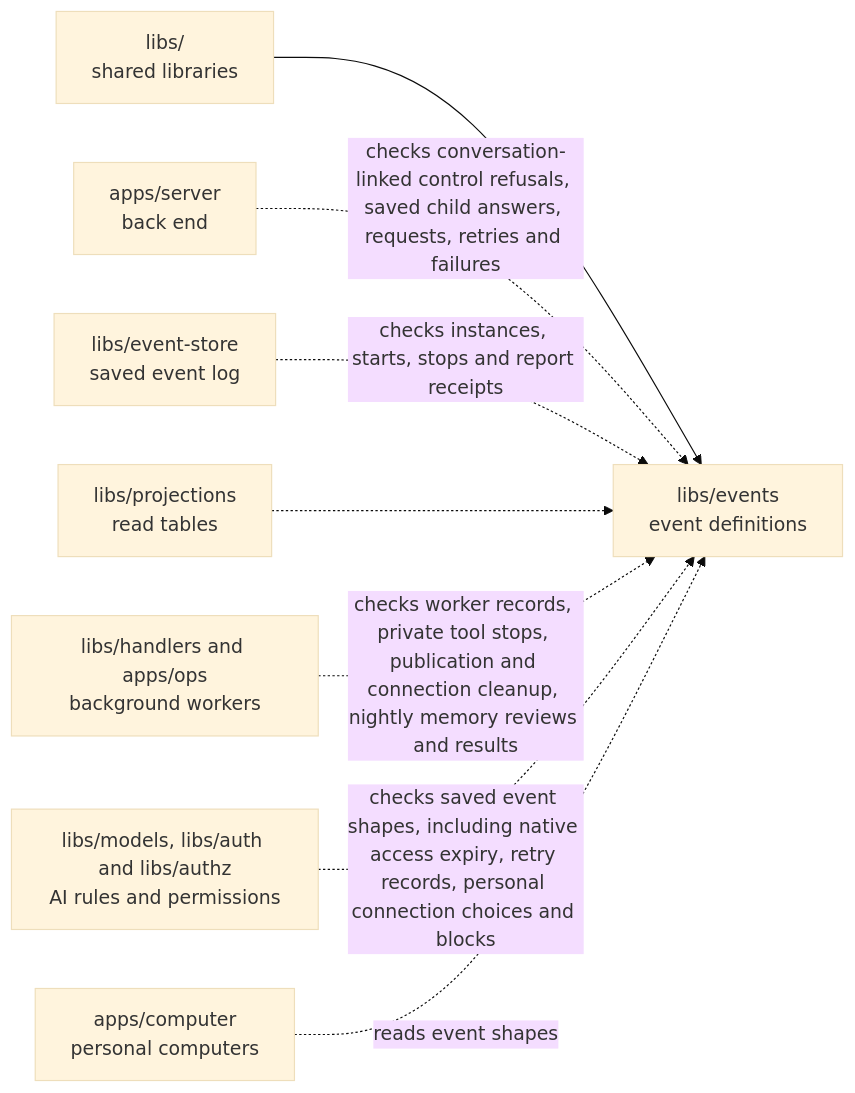
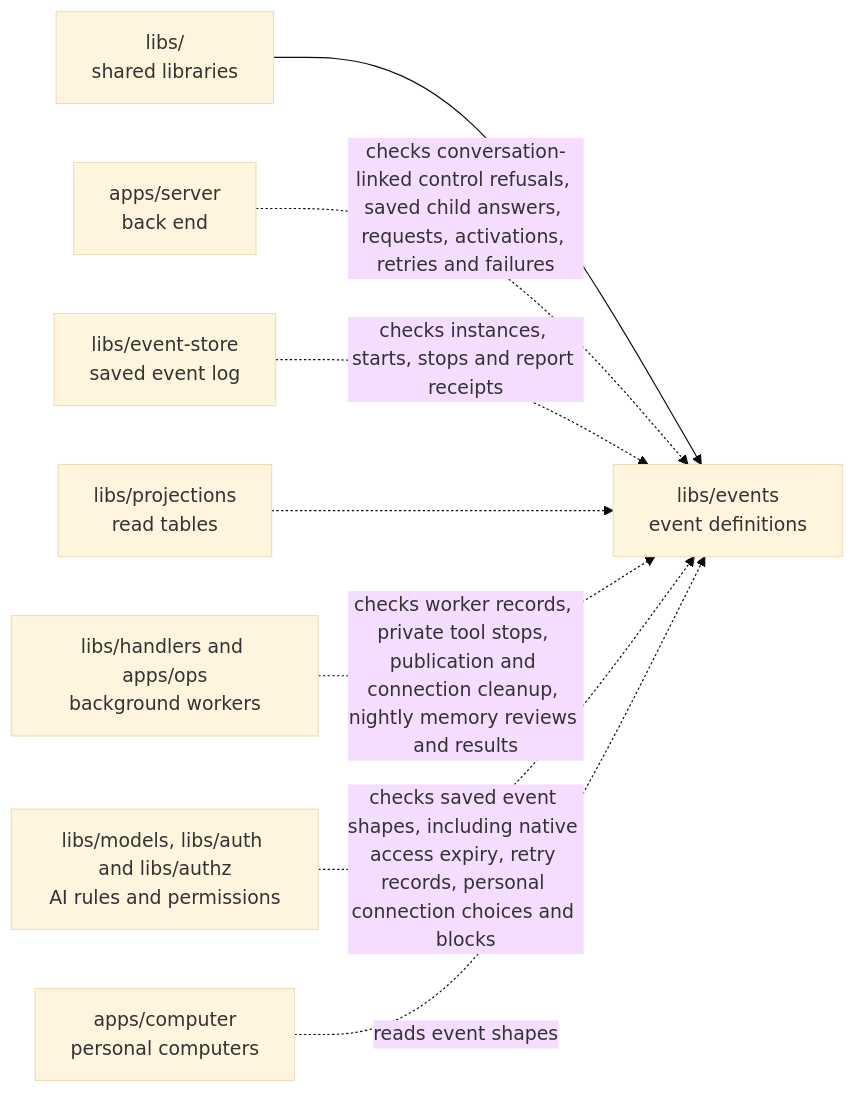
Before and after one commit to elewa-git/opencrane-new: the diagram in libs/events/README.md, drawn with Mermaid (base theme). The commit also changed other lines of this file and 17 other files, not shown here.

````diff
--- a/libs/events/README.md
+++ b/libs/events/README.md
@@ -20,10 +20,10 @@
 ```mermaid
 flowchart LR
   parent["libs/<br/>shared libraries"] --> events["libs/events<br/>event definitions"]
-  server["apps/server<br/>back end"] -.->|checks conversation-linked control refusals, saved child answers, requests, retries and failures| events
+  server["apps/server<br/>back end"] -.->|checks conversation-linked control refusals, saved child answers, requests, activations, retries and failures| events
   store["libs/event-store<br/>saved event log"] -.->|checks instances, starts, stops and report receipts| events
   projections["libs/projections<br/>read tables"] -.-> events
   workers["libs/handlers and apps/ops<br/>background workers"] -.->|checks worker records, private tool stops, publication and connection cleanup, nightly memory reviews and results| events
   models["libs/models, libs/auth and libs/authz<br/>AI rules and permissions"] -.->|checks saved event shapes, including native access expiry, retry records, personal connection choices and blocks| events
   computer["apps/computer<br/>personal computers"] -.->|reads event shapes| events
 ```
````
